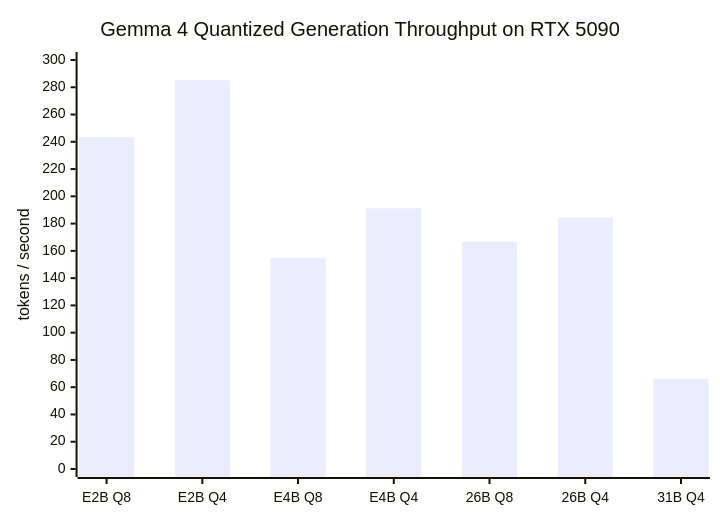
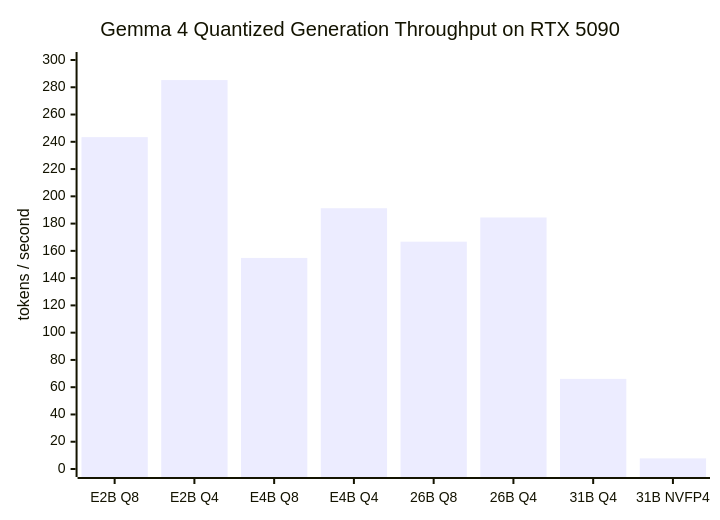
Before and after one commit to anisayari/Gemma4-frontuse: the second of 2 diagrams in README.md, drawn with Mermaid. The commit also changed other lines of this file and 11 other files, not shown here.

````diff
--- a/README.md
+++ b/README.md
@@ -54,7 +56,7 @@
 ```mermaid
 xychart-beta
     title "Gemma 4 Quantized Generation Throughput on RTX 5090"
-    x-axis ["E2B Q8", "E2B Q4", "E4B Q8", "E4B Q4", "26B Q8", "26B Q4", "31B Q4"]
+    x-axis ["E2B Q8", "E2B Q4", "E4B Q8", "E4B Q4", "26B Q8", "26B Q4", "31B Q4", "31B NVFP4"]
     y-axis "tokens / second" 0 --> 300
-    bar [243.41, 285.29, 154.83, 191.27, 166.75, 184.50, 66.12]
+    bar [243.41, 285.29, 154.83, 191.27, 166.75, 184.50, 66.12, 7.80]
 ```
````
